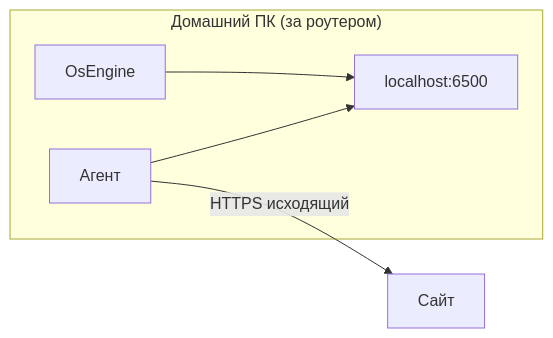
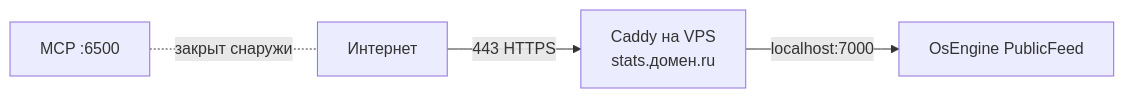
The second of 2 diagrams in TechnicalSpecification/ТЗ — Трансляция статистики робота.md (si0683/robotstatistics), drawn with Mermaid before and after one commit. The commit also changed other lines of this file and 3 other files, not shown here.

````diff
--- a/TechnicalSpecification/ТЗ — Трансляция статистики робота.md
+++ b/TechnicalSpecification/ТЗ — Трансляция статистики робота.md
@@ -196,8 +216,6 @@
 ```mermaid
 flowchart LR
-    subgraph HOME["Домашний ПК (за роутером)"]
-        OS["OsEngine"] --> MCP["localhost:6500"]
-        AG["Агент"] --> MCP
-    end
-    AG -- "HTTPS исходящий" --> SITE["Сайт"]
+    I["Интернет"] -- "443 HTTPS" --> C["Caddy на VPS<br/>stats.домен.ru"]
+    C -- "localhost:7000" --> P["OsEngine PublicFeed"]
+    M["MCP :6500"] -. "закрыт снаружи" .- I
 ```
````
